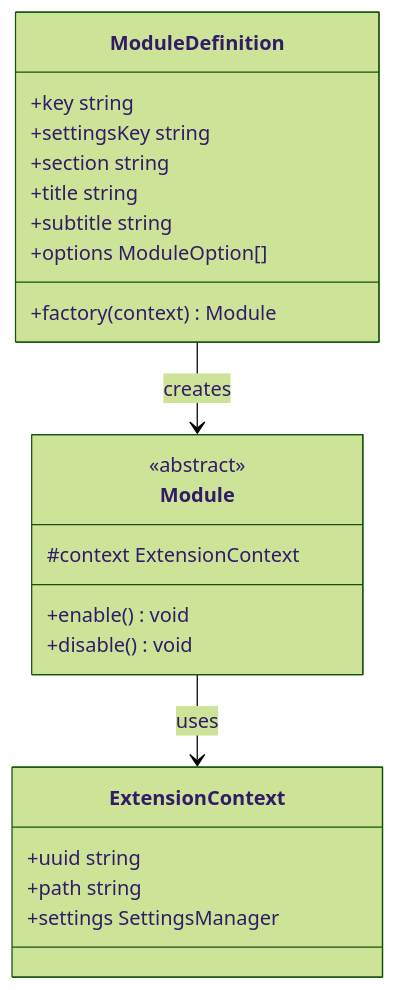
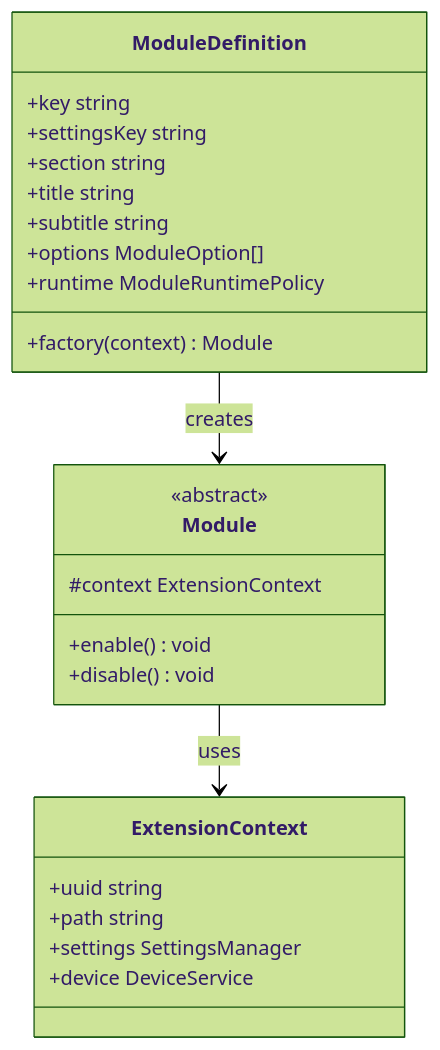
Before and after one commit to luminusOS/aurora-shell: the third of 6 diagrams in ARCHITECTURE.md, drawn with Mermaid (forest theme). The commit also changed other lines of this file and 98 other files, not shown here.

````diff
--- a/ARCHITECTURE.md
+++ b/ARCHITECTURE.md
@@ -67,28 +74,30 @@
 ```mermaid
 classDiagram
   class Module {
     <<abstract>>
     #context ExtensionContext
     +enable() void
     +disable() void
   }
 
   class ModuleDefinition {
     +key string
     +settingsKey string
     +section string
     +title string
     +subtitle string
     +options ModuleOption[]
+    +runtime ModuleRuntimePolicy
     +factory(context) Module
   }
 
   class ExtensionContext {
     +uuid string
     +path string
     +settings SettingsManager
+    +device DeviceService
   }
 
   ModuleDefinition --> Module : creates
   Module --> ExtensionContext : uses
 ```
````
